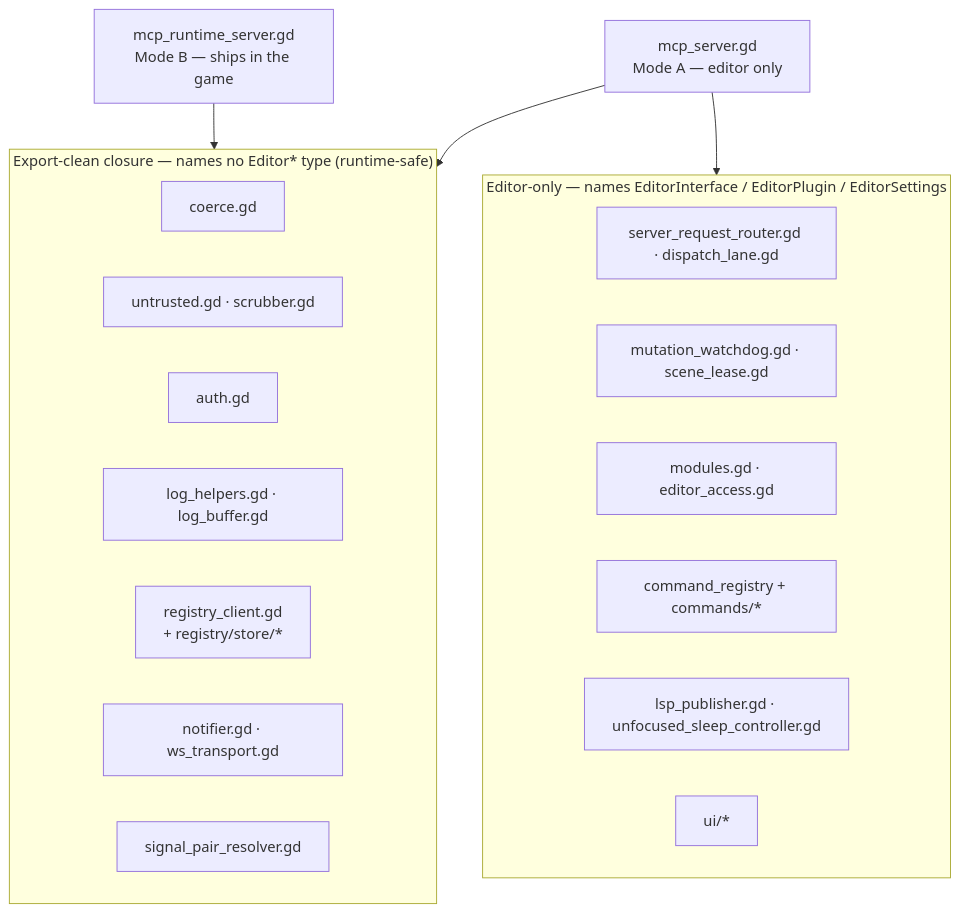
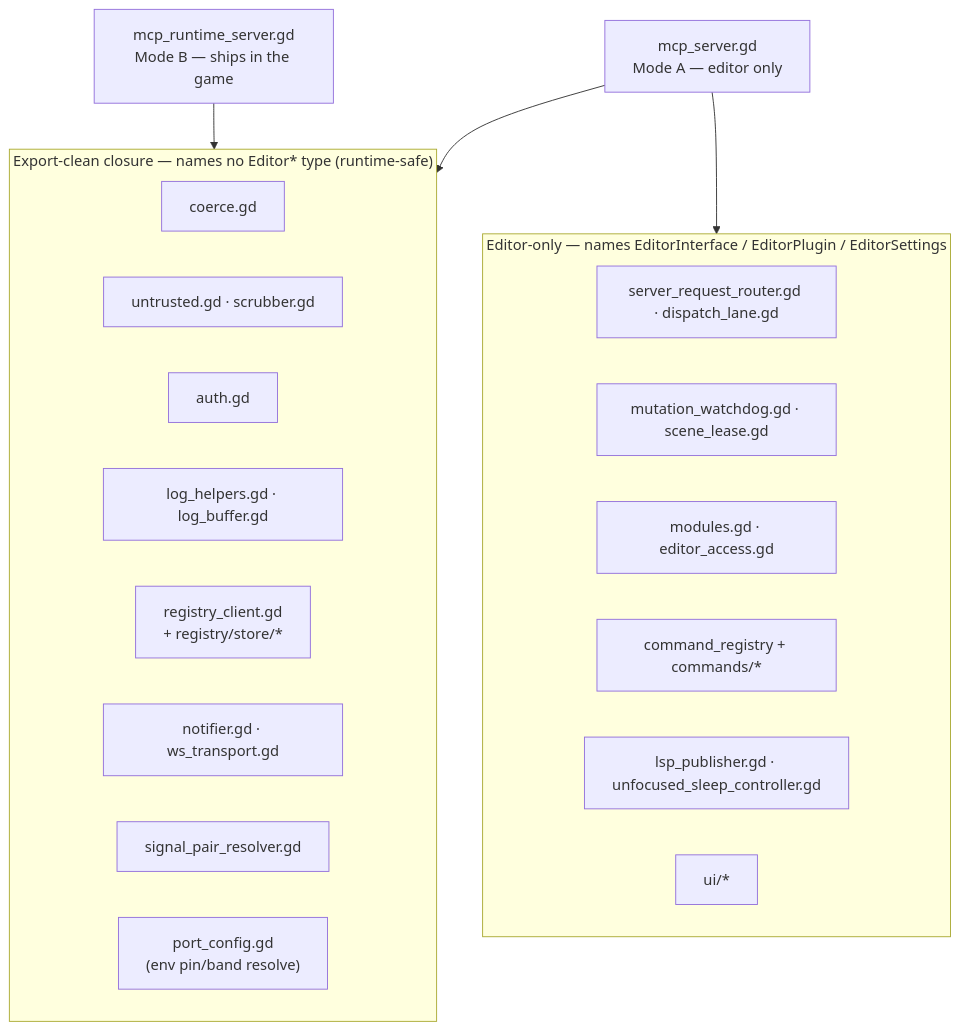
One commit to NPGameDev/godot-mcp-toolkit changed the second of 13 diagrams in docs/architecture/README.md. Above: the diagram before and after it, drawn with Mermaid. The commit also changed other lines of this file, not shown here.

First line of the commit message:
docs(architecture): finalize the 1.0 architecture doc for the full 41n-series delta

````diff
--- a/docs/architecture/README.md
+++ b/docs/architecture/README.md
@@ -136,27 +140,28 @@
 ```mermaid
 flowchart TB
     ModeB["mcp_runtime_server.gd<br/>Mode B — ships in the game"]
     ModeA["mcp_server.gd<br/>Mode A — editor only"]
     subgraph clean["Export-clean closure — names no Editor* type (runtime-safe)"]
       direction LR
       C1["coerce.gd"]
       C2["untrusted.gd · scrubber.gd"]
       C3["auth.gd"]
       C4["log_helpers.gd · log_buffer.gd"]
       C5["registry_client.gd<br/>+ registry/store/*"]
       C6["notifier.gd · ws_transport.gd"]
       C7["signal_pair_resolver.gd"]
+      C8["port_config.gd<br/>(env pin/band resolve)"]
     end
     subgraph tainted["Editor-only — names EditorInterface / EditorPlugin / EditorSettings"]
       direction LR
       D1["server_request_router.gd · dispatch_lane.gd"]
       D2["mutation_watchdog.gd · scene_lease.gd"]
       D3["modules.gd · editor_access.gd"]
       D4["command_registry + commands/*"]
       D5["lsp_publisher.gd · unfocused_sleep_controller.gd"]
       D6["ui/*"]
     end
     ModeB --> clean
     ModeA --> clean
     ModeA --> tainted
 ```
````
